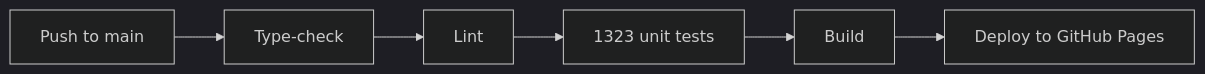
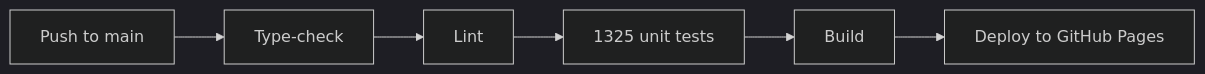
One commit to rmaytr/Cairn_Task_Tracking_App changed the sixth of 6 diagrams in README.md. Above: the diagram before and after it, drawn with Mermaid (dark theme). The commit also changed other lines of this file and 14 other files, not shown here.

````diff
--- a/README.md
+++ b/README.md
@@ -423,4 +423,4 @@
 ```mermaid
 flowchart LR
-  P[Push to main] --> T[Type-check] --> L[Lint] --> U["1323 unit tests"] --> B[Build] --> D[Deploy to GitHub Pages]
+  P[Push to main] --> T[Type-check] --> L[Lint] --> U["1325 unit tests"] --> B[Build] --> D[Deploy to GitHub Pages]
 ```
````
